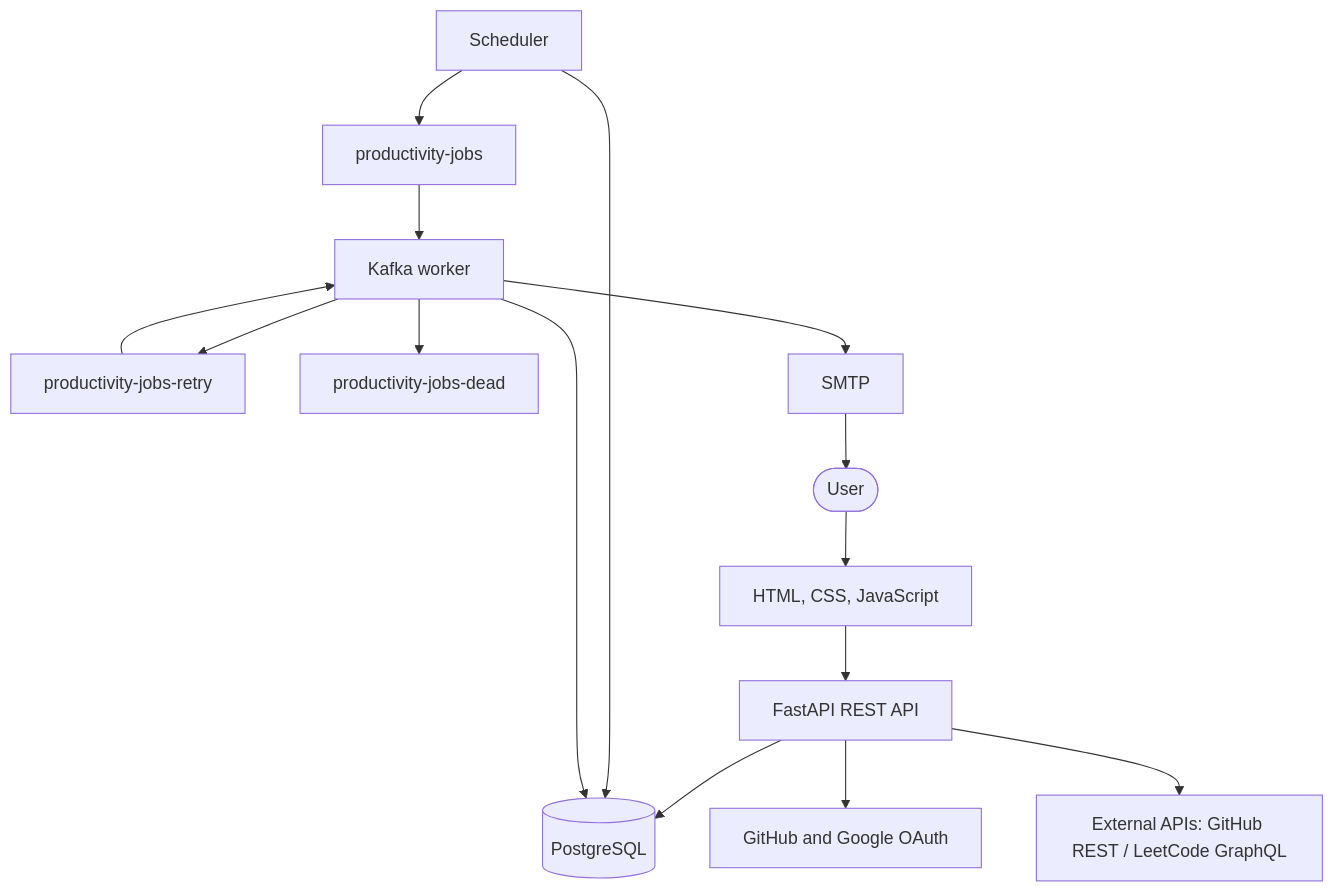
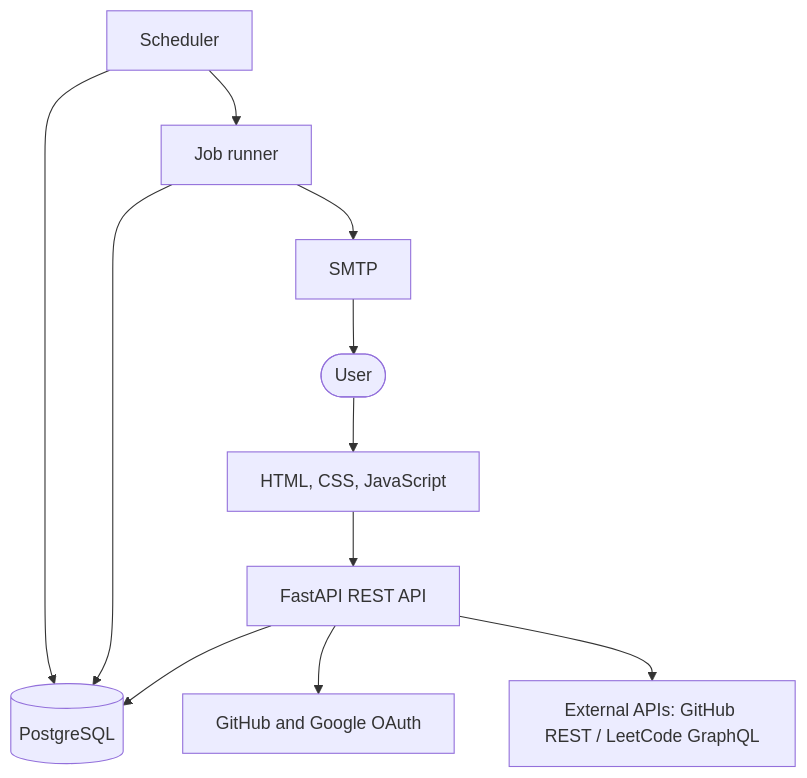
Before and after one commit to rajeev8008/Pace: the first of 2 diagrams in ARCHITECTURE.md, drawn with Mermaid. The commit also changed other lines of this file and 17 other files, not shown here.

First line of the commit message:
refactor replace Kafka with PostgreSQL job scheduling

````diff
--- a/ARCHITECTURE.md
+++ b/ARCHITECTURE.md
@@ -7,18 +7,14 @@
 ```mermaid
 flowchart TB
     User([User]) --> UI[HTML, CSS, JavaScript]
     UI --> API[FastAPI REST API]
     API --> DB[(PostgreSQL)]
     API --> OAuth[GitHub and Google OAuth]
     API --> External[External APIs: GitHub REST / LeetCode GraphQL]
 
     Scheduler --> DB
-    Scheduler --> MainTopic[productivity-jobs]
-    MainTopic --> Worker[Kafka worker]
-    RetryTopic[productivity-jobs-retry] --> Worker
-    Worker --> DB
-    Worker --> RetryTopic
-    Worker --> DeadTopic[productivity-jobs-dead]
-    Worker --> Email[SMTP]
+    Scheduler --> Runner[Job runner]
+    Runner --> DB
+    Runner --> Email[SMTP]
     Email --> User
 ```
````
